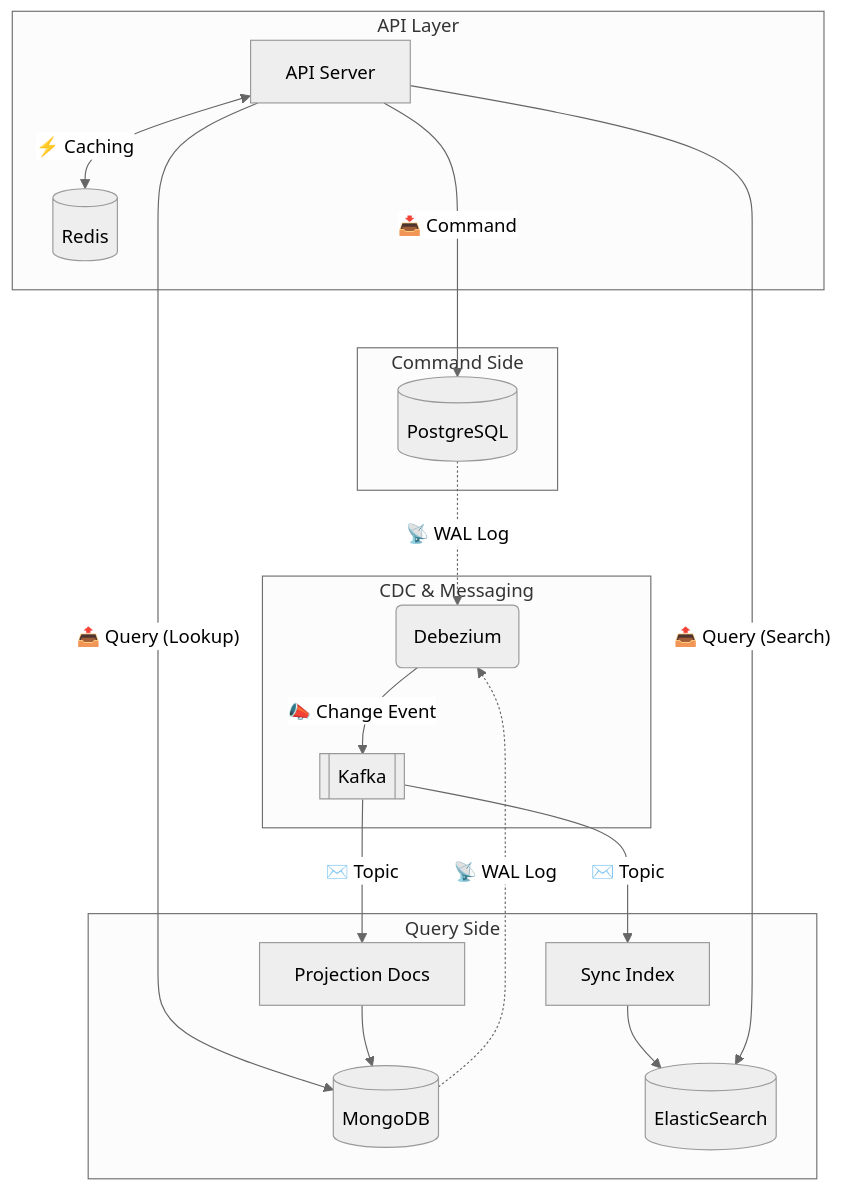
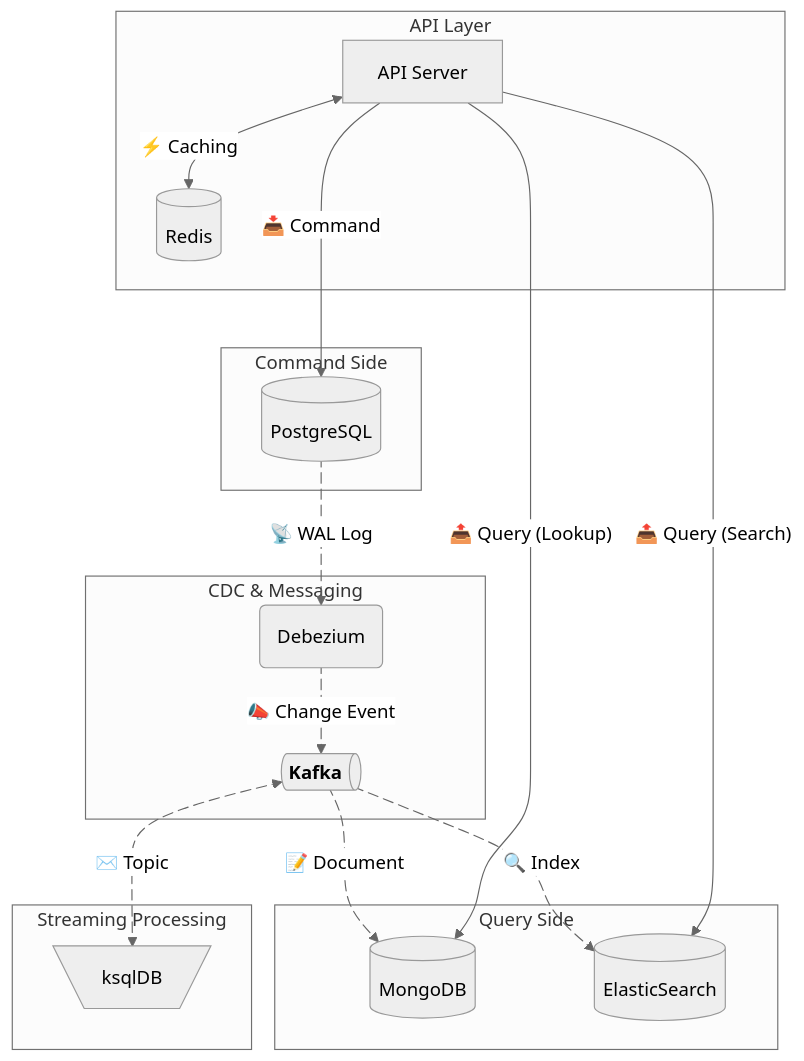
Before and after one commit to NarciSource/Pre-Onboarding-Challenge-BE-31: the first of 4 diagrams in README.md, drawn with Mermaid (neutral theme). The commit also changed other lines of this file, not shown here.

Commit message:
docs: README.md 다이어그램 업데이트

````diff
--- a/README.md
+++ b/README.md
@@ -68,48 +68,58 @@
 ```mermaid
 graph TD
    subgraph "API Layer"
       api[API Server]
       redis[(Redis)]
    end
 
    subgraph "Command Side"
       postgres[(PostgreSQL)]
    end
 
    subgraph "CDC & Messaging"
       cdc@{ shape: rounded, label: Debezium }
-      kafka@{ shape: subproc, label: Kafka }
+      kafka@{ shape: das, label: "**Kafka**" }
    end
 
    subgraph "Query Side"
-      projector[Projection Docs]
-      sync[Sync Index]
       mongo[(MongoDB)]
       elasticsearch[( ElasticSearch)]
+   end
+
+   subgraph "Streaming Processing"
+      ksql@{ shape: trap-t, label: "ksqlDB" }
    end
 
    %% Cache Layer
    api <-->|⚡ Caching| redis
 
    %% Command flow
    api --->|📥 Command| postgres
 
    %% CDC Flow
-   postgres & mongo -.->|📡 WAL Log | cdc
-   cdc -->|📣 Change Event| kafka
+   postgres e1@-.->|📡 WAL Log | cdc
+   cdc e2@-->|📣 Change Event| kafka
+
+   %% Projection flow
+   kafka e3@<-.->|✉️ Topic| ksql
+
+   %% Sink flow
+   kafka e4@-.->|📝 Document| mongo
+   kafka e5@-.->|🔍 Index| elasticsearch
 
    %% Query flow
    api -->|"📤 Query (Lookup)"| mongo
 
-   %% Projection flow
-   kafka -->|✉️ Topic| projector & sync
-   projector --> mongo
-   sync --> elasticsearch
-
    %% Query flow
    api -->|"📤 Query (Search)"| elasticsearch
+
+   e1@{ animation: fast }
+   e2@{ animation: fast }
+   e3@{ animation: fast }
+   e4@{ animation: fast }
+   e5@{ animation: fast }
 
    click api "https://github.com/NarciSource/Pre-Onboarding-Challenge-BE-31/tree/main/apps/api-server"
    click projector "https://github.com/NarciSource/Pre-Onboarding-Challenge-BE-31/tree/main/apps/proj-docs"
    click sync "https://github.com/NarciSource/Pre-Onboarding-Challenge-BE-31/tree/main/apps/sync-index"
 ```
````
